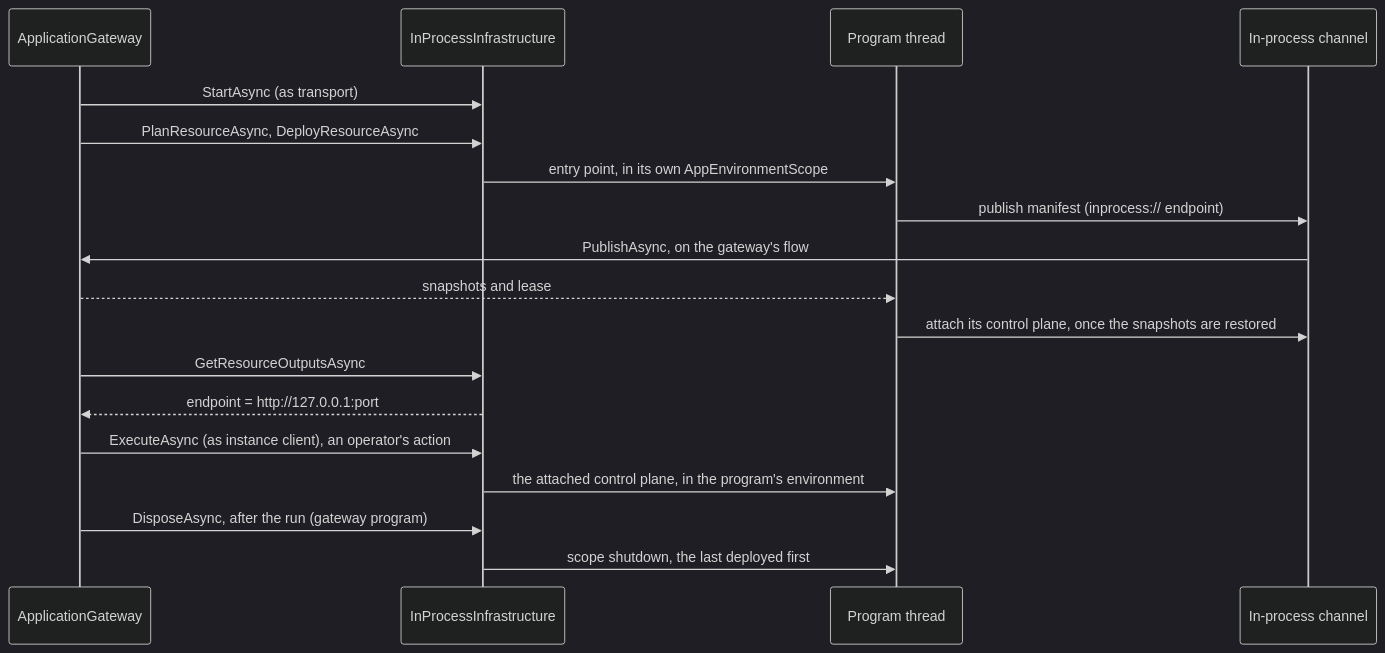
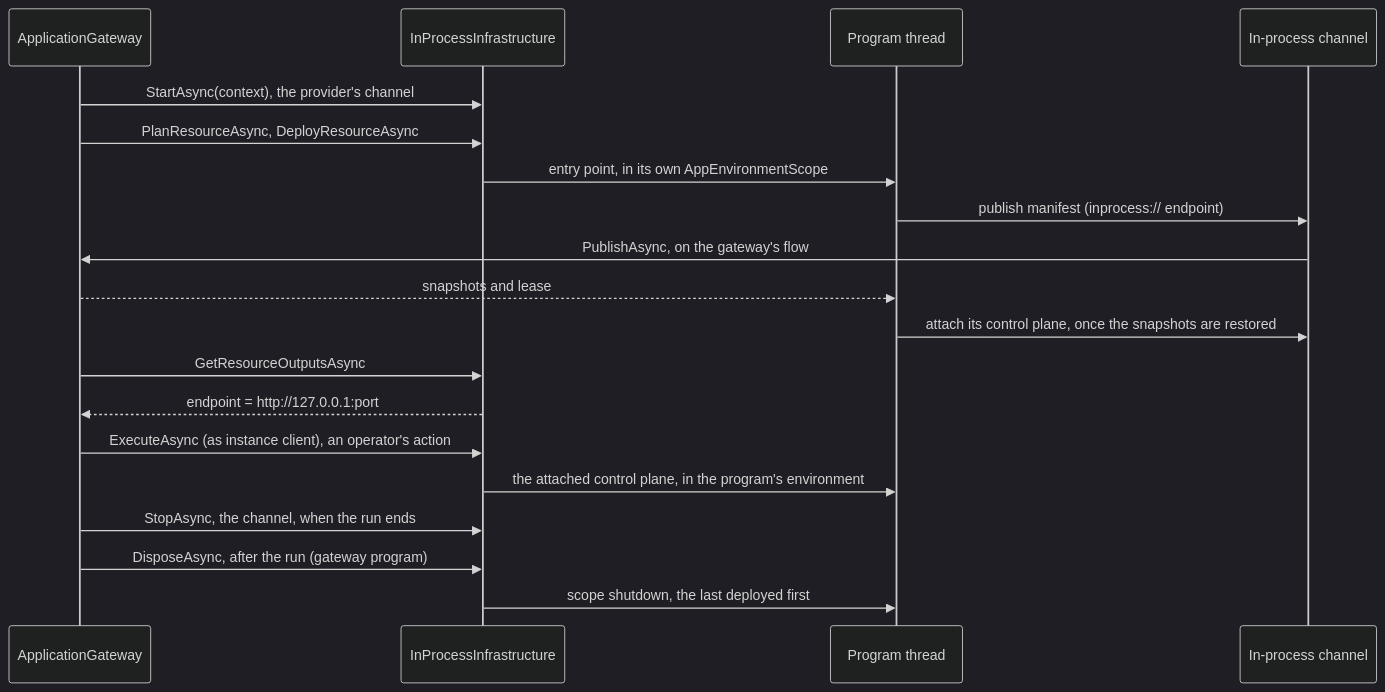
The diagram in libraries/ApplicationModel/Assimalign.Cohesion.ApplicationModel.Gateway.InProcess/docs/DESIGN.md (assimalign/cohesion), drawn with Mermaid (dark theme) before and after one commit. The commit also changed other lines of this file and 219 other files, not shown here.

````diff
--- a/libraries/ApplicationModel/Assimalign.Cohesion.ApplicationModel.Gateway.InProcess/docs/DESIGN.md
+++ b/libraries/ApplicationModel/Assimalign.Cohesion.ApplicationModel.Gateway.InProcess/docs/DESIGN.md
@@ -32,20 +32,21 @@
 ```mermaid
 sequenceDiagram
     participant Gateway as ApplicationGateway
     participant Infra as InProcessInfrastructure
     participant Program as Program thread
     participant Channel as In-process channel
-    Gateway->>Infra: StartAsync (as transport)
+    Gateway->>Infra: StartAsync(context), the provider's channel
     Gateway->>Infra: PlanResourceAsync, DeployResourceAsync
     Infra->>Program: entry point, in its own AppEnvironmentScope
     Program->>Channel: publish manifest (inprocess:// endpoint)
     Channel->>Gateway: PublishAsync, on the gateway's flow
     Gateway-->>Program: snapshots and lease
     Program->>Channel: attach its control plane, once the snapshots are restored
     Gateway->>Infra: GetResourceOutputsAsync
     Infra-->>Gateway: endpoint = http://127.0.0.1:port
     Gateway->>Infra: ExecuteAsync (as instance client), an operator's action
     Infra->>Program: the attached control plane, in the program's environment
+    Gateway->>Infra: StopAsync, the channel, when the run ends
     Gateway->>Infra: DisposeAsync, after the run (gateway program)
     Infra->>Program: scope shutdown, the last deployed first
 ```
````
